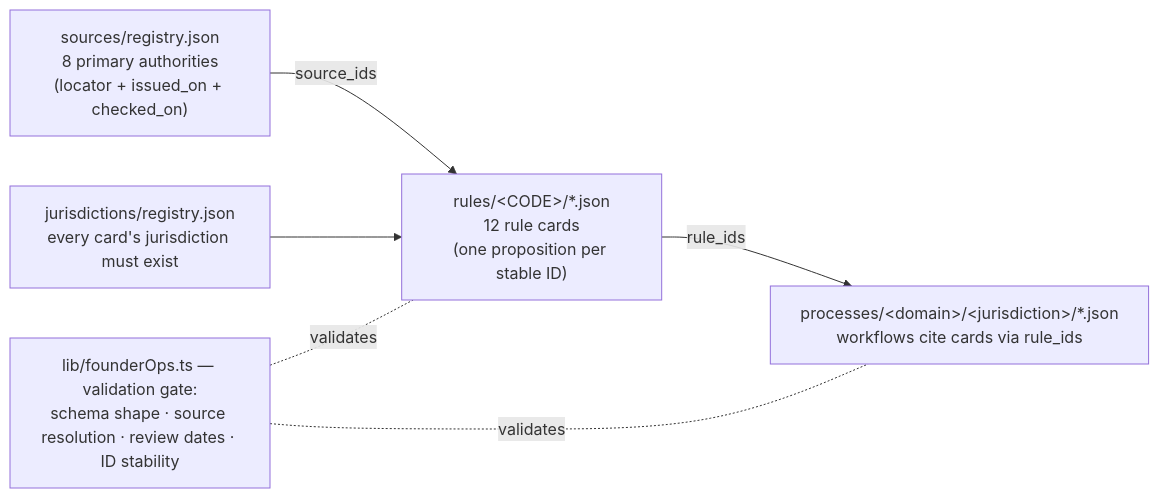
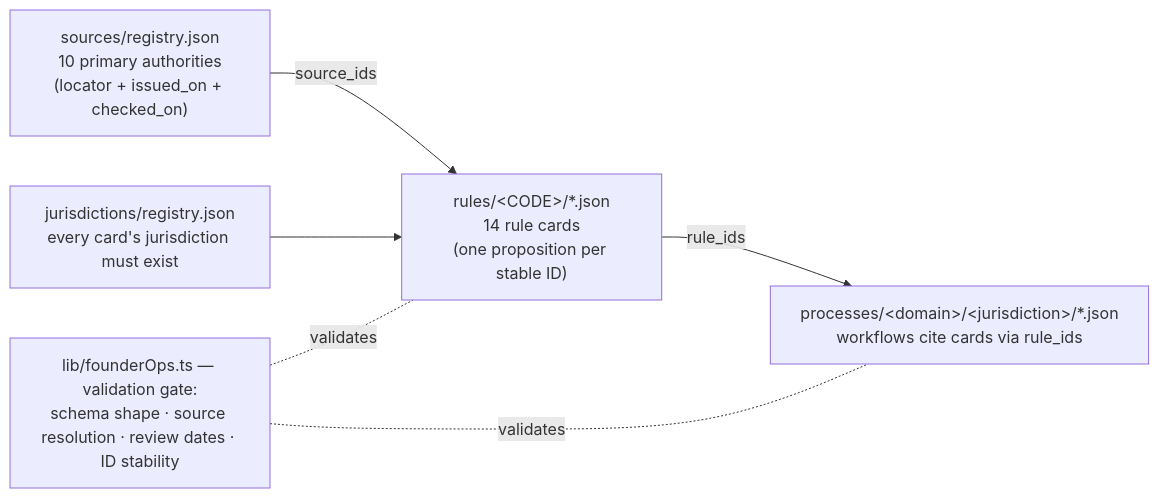
One commit to ultrametricai/productarena changed the diagram in rules/README.md. Above: the diagram before and after it, drawn with Mermaid. The commit also changed other lines of this file and 14 other files, not shown here.

````diff
--- a/rules/README.md
+++ b/rules/README.md
@@ -39,12 +39,12 @@
 ```mermaid
 flowchart LR
-  sources["sources/registry.json<br/>8 primary authorities<br/>(locator + issued_on + checked_on)"]
-  rules["rules/&lt;CODE&gt;/*.json<br/>12 rule cards<br/>(one proposition per stable ID)"]
+  sources["sources/registry.json<br/>10 primary authorities<br/>(locator + issued_on + checked_on)"]
+  rules["rules/&lt;CODE&gt;/*.json<br/>14 rule cards<br/>(one proposition per stable ID)"]
   workflows["processes/&lt;domain&gt;/&lt;jurisdiction&gt;/*.json<br/>workflows cite cards via rule_ids"]
   registry["jurisdictions/registry.json<br/>every card's jurisdiction must exist"]
   sources -->|source_ids| rules -->|rule_ids| workflows
   registry --> rules
   gate["lib/founderOps.ts — validation gate:<br/>schema shape · source resolution · review dates · ID stability"]
   gate -.validates.- rules
   gate -.validates.- workflows
 ```
````
